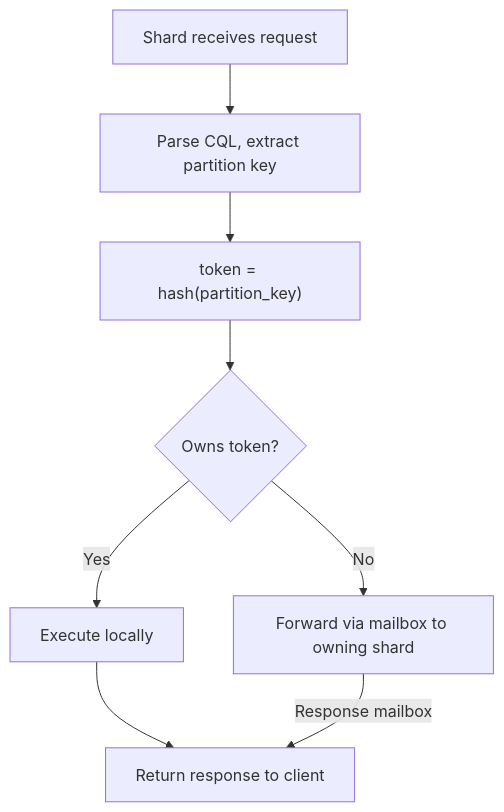
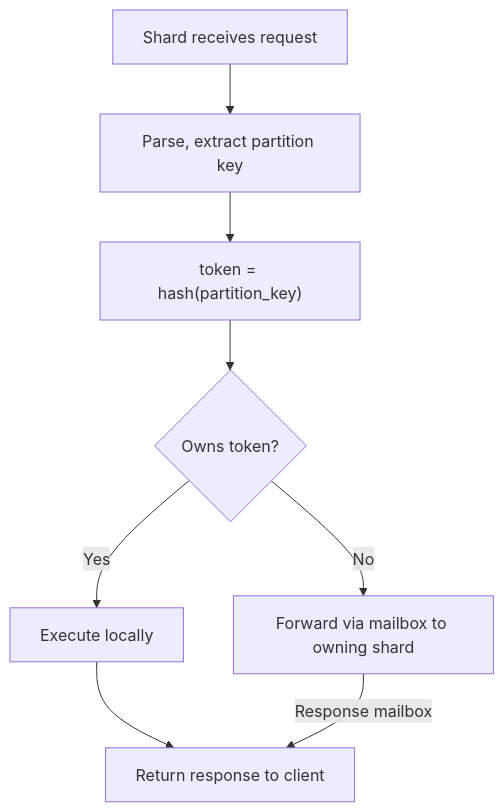
One commit to patricklbell/plexdb changed the diagram in DESIGN.md. Above: the diagram before and after it, drawn with Mermaid. The commit also changed other lines of this file and 1 other file, not shown here.

````diff
--- a/DESIGN.md
+++ b/DESIGN.md
@@ -147,15 +27,15 @@
 ```mermaid
 flowchart TB
     Recv["Shard receives request"]
-    Parse["Parse CQL, extract partition key"]
+    Parse["Parse, extract partition key"]
     Hash["token = hash(partition_key)"]
     Own{"Owns token?"}
     Exec["Execute locally"]
     Fwd["Forward via mailbox to owning shard"]
     Resp["Return response to client"]
 
     Recv --> Parse --> Hash --> Own
     Own -->|Yes| Exec --> Resp
     Own -->|No| Fwd
     Fwd -->|Response mailbox| Resp
 ```
````
